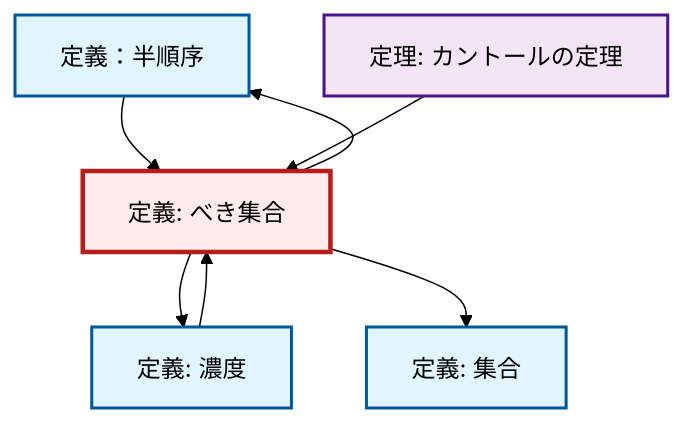
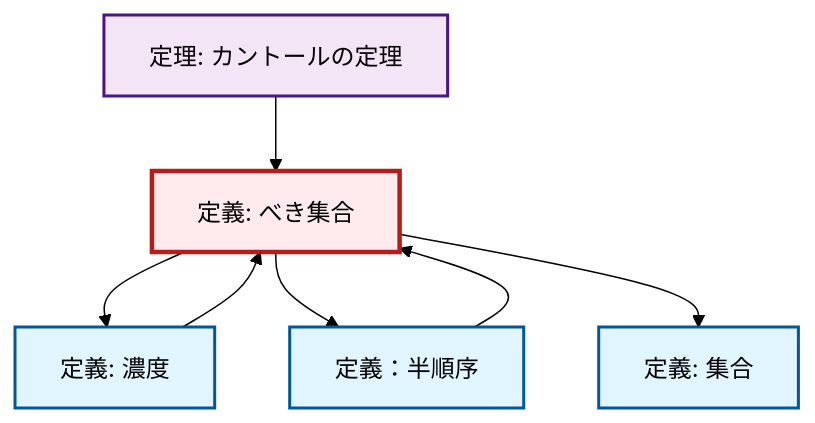
Before and after one commit to RK0429/ModernMath: the second of 2 diagrams in content/ja/logic-set-theory/def-power-set.qmd, drawn with Mermaid (forest theme). The commit also changed 672 other files, not shown here.

````diff
--- a/content/ja/logic-set-theory/def-power-set.qmd
+++ b/content/ja/logic-set-theory/def-power-set.qmd
@@ -70,25 +70,25 @@
 ```{mermaid}
-%%| fig-cap: "Local dependency graph"
+%%| fig-cap: "ローカル依存関係グラフ"
 graph TD
     classDef definition fill:#e1f5fe,stroke:#01579b,stroke-width:2px
     classDef theorem fill:#f3e5f5,stroke:#4a148c,stroke-width:2px
     classDef axiom fill:#fff3e0,stroke:#e65100,stroke-width:2px
     classDef example fill:#e8f5e9,stroke:#1b5e20,stroke-width:2px
     classDef current fill:#ffebee,stroke:#b71c1c,stroke-width:3px
+    def-set["定義: 集合"]:::definition
+    def-power-set["定義: べき集合"]:::definition
     def-partial-order["定義：半順序"]:::definition
-    def-set["定義: 集合"]:::definition
+    thm-cantor["定理: カントールの定理"]:::theorem
     def-cardinality["定義: 濃度"]:::definition
-    thm-cantor["定理: カントールの定理"]:::theorem
-    def-power-set["定義: べき集合"]:::definition
     def-power-set --> def-cardinality
+    def-cardinality --> def-power-set
+    thm-cantor --> def-power-set
     def-partial-order --> def-power-set
-    thm-cantor --> def-power-set
+    def-power-set --> def-partial-order
     def-power-set --> def-set
-    def-cardinality --> def-power-set
-    def-power-set --> def-partial-order
     class def-power-set current
+    click def-set "def-set.html" "集合の定義へ"
     click def-partial-order "def-partial-order.html" "定義：半順序へ"
-    click def-set "def-set.html" "集合の定義へ"
+    click thm-cantor "thm-cantor.html" "カントールの定理の定理へ"
     click def-cardinality "def-cardinality.html" "濃度の定義へ"
-    click thm-cantor "thm-cantor.html" "カントールの定理の定理へ"
 ```
````
